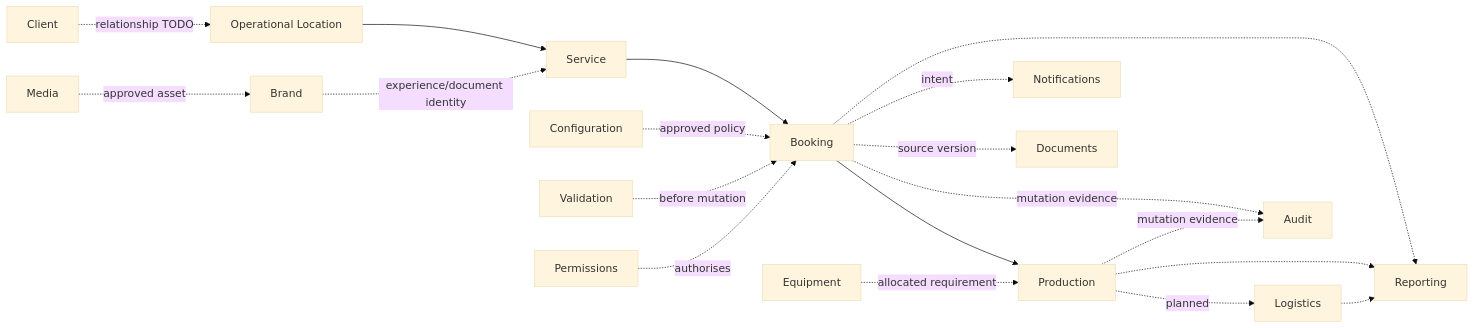
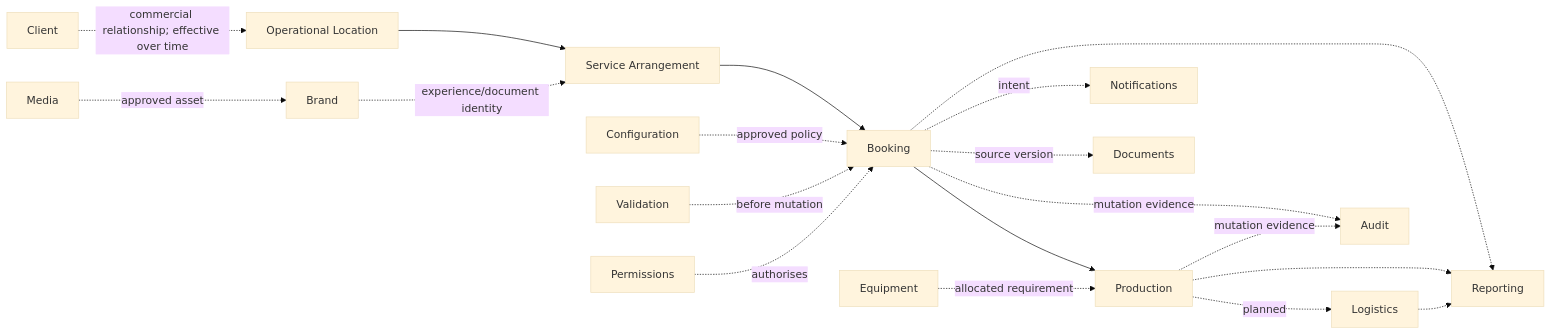
The second of 2 diagrams in docs/platform-domain-map.md (derekfika/fika-os), drawn with Mermaid (base theme) before and after one commit. The commit also changed other lines of this file and 39 other files, not shown here.

````diff
--- a/docs/platform-domain-map.md
+++ b/docs/platform-domain-map.md
@@ -389,22 +400,22 @@
 ```mermaid
 flowchart LR
-  CLIENT["Client"] -. "relationship TODO" .-> LOC["Operational Location"]
-  LOC --> SERVICE["Service"]
+  CLIENT["Client"] -. "commercial relationship; effective over time" .-> LOC["Operational Location"]
+  LOC --> SERVICE["Service Arrangement"]
   SERVICE --> BOOKING["Booking"]
   BOOKING --> PRODUCTION["Production"]
   PRODUCTION -. "planned" .-> LOGISTICS["Logistics"]
   BOOKING -.-> REPORTING["Reporting"]
   PRODUCTION -.-> REPORTING
   LOGISTICS -.-> REPORTING
 
   BRAND["Brand"] -. "experience/document identity" .-> SERVICE
   CONFIG["Configuration"] -. "approved policy" .-> BOOKING
   VALIDATION["Validation"] -. "before mutation" .-> BOOKING
   PERMISSIONS["Permissions"] -. "authorises" .-> BOOKING
   EQUIPMENT["Equipment"] -. "allocated requirement" .-> PRODUCTION
   MEDIA["Media"] -. "approved asset" .-> BRAND
   BOOKING -. "intent" .-> NOTIFICATIONS["Notifications"]
   BOOKING -. "source version" .-> DOCUMENTS["Documents"]
   BOOKING -. "mutation evidence" .-> AUDIT["Audit"]
   PRODUCTION -. "mutation evidence" .-> AUDIT
 ```
````
